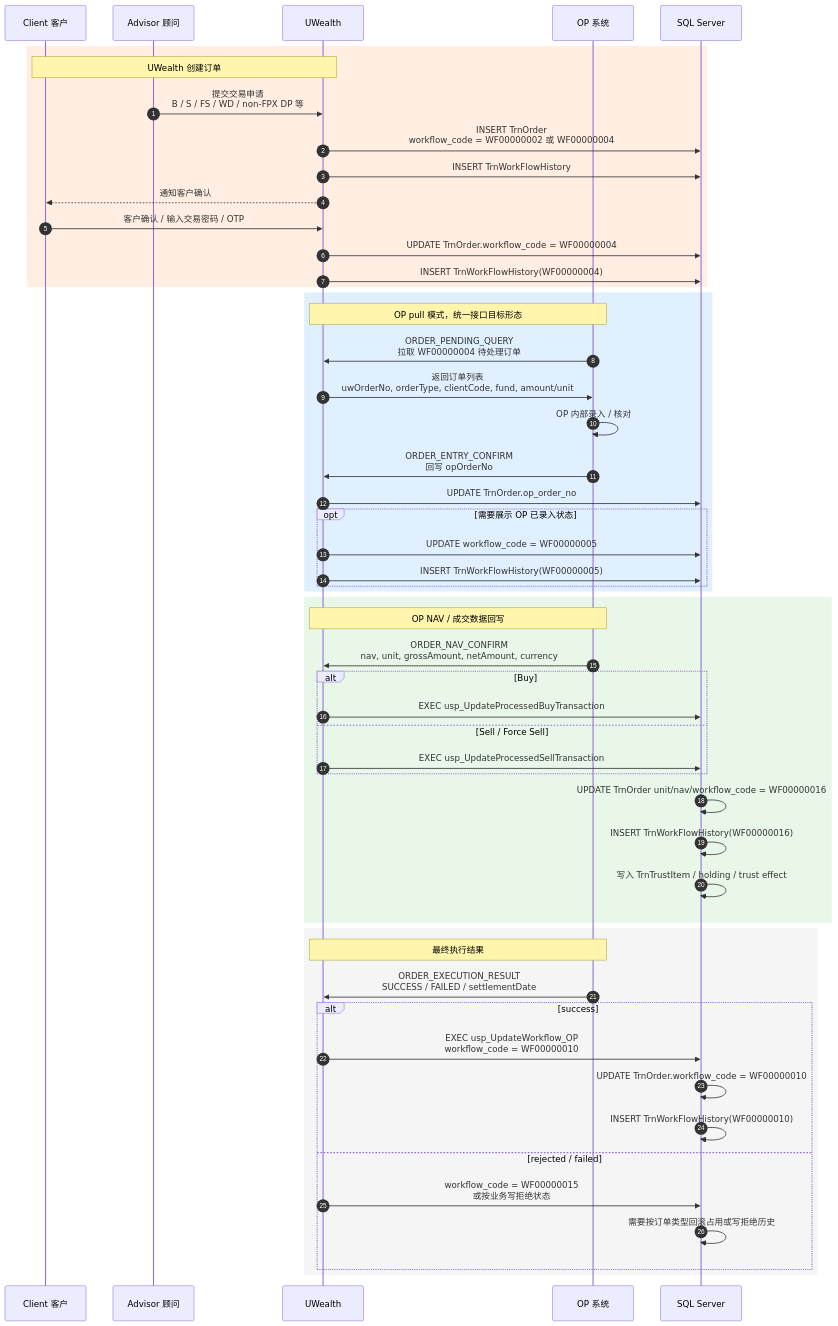
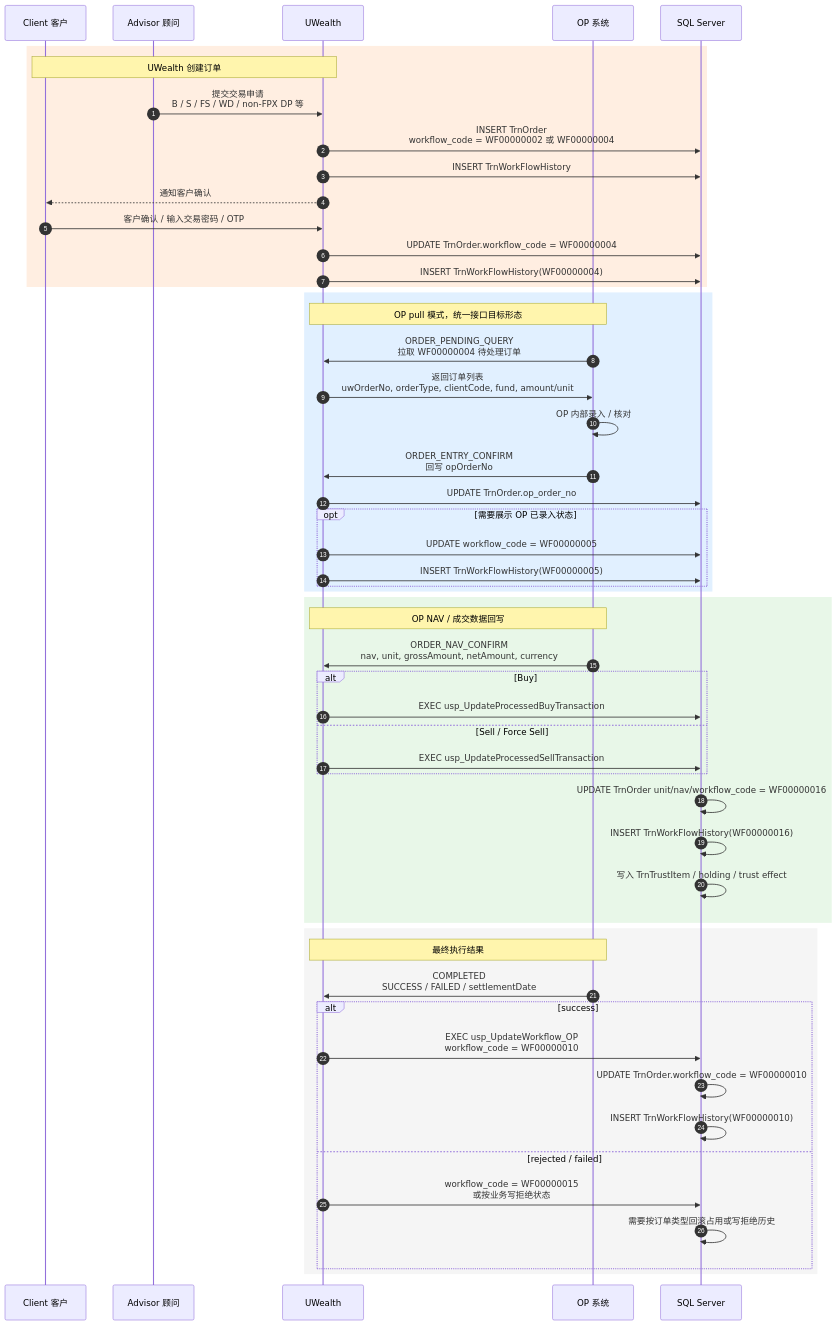
One commit to J-summit/uw2-- changed the second of 4 diagrams in op/v1/OP对接UWealth统一接口流程图.md. Above: the diagram before and after it, drawn with Mermaid. The commit also changed other lines of this file and 2 other files, not shown here.

Commit message:
Align OP docs with completed command

````diff
--- a/op/v1/OP对接UWealth统一接口流程图.md
+++ b/op/v1/OP对接UWealth统一接口流程图.md
@@ -83,59 +83,59 @@
 ```mermaid
 sequenceDiagram
     autonumber
     participant C as Client 客户
     participant A as Advisor 顾问
     participant UW as UWealth
     participant OP as OP 系统
     participant DB as SQL Server
 
     rect rgb(255, 238, 225)
         Note over C,UW: UWealth 创建订单
         A->>UW: 提交交易申请<br/>B / S / FS / WD / non-FPX DP 等
         UW->>DB: INSERT TrnOrder<br/>workflow_code = WF00000002 或 WF00000004
         UW->>DB: INSERT TrnWorkFlowHistory
         UW-->>C: 通知客户确认
         C->>UW: 客户确认 / 输入交易密码 / OTP
         UW->>DB: UPDATE TrnOrder.workflow_code = WF00000004
         UW->>DB: INSERT TrnWorkFlowHistory(WF00000004)
     end
 
     rect rgb(225, 240, 255)
         Note over OP,UW: OP pull 模式，统一接口目标形态
         OP->>UW: ORDER_PENDING_QUERY<br/>拉取 WF00000004 待处理订单
         UW->>OP: 返回订单列表<br/>uwOrderNo, orderType, clientCode, fund, amount/unit
         OP->>OP: OP 内部录入 / 核对
         OP->>UW: ORDER_ENTRY_CONFIRM<br/>回写 opOrderNo
         UW->>DB: UPDATE TrnOrder.op_order_no
         opt 需要展示 OP 已录入状态
             UW->>DB: UPDATE workflow_code = WF00000005
             UW->>DB: INSERT TrnWorkFlowHistory(WF00000005)
         end
     end
 
     rect rgb(232, 247, 232)
         Note over OP,UW: OP NAV / 成交数据回写
         OP->>UW: ORDER_NAV_CONFIRM<br/>nav, unit, grossAmount, netAmount, currency
         alt Buy
             UW->>DB: EXEC usp_UpdateProcessedBuyTransaction
         else Sell / Force Sell
             UW->>DB: EXEC usp_UpdateProcessedSellTransaction
         end
         DB->>DB: UPDATE TrnOrder unit/nav/workflow_code = WF00000016
         DB->>DB: INSERT TrnWorkFlowHistory(WF00000016)
         DB->>DB: 写入 TrnTrustItem / holding / trust effect
     end
 
     rect rgb(245, 245, 245)
         Note over OP,UW: 最终执行结果
-        OP->>UW: ORDER_EXECUTION_RESULT<br/>SUCCESS / FAILED / settlementDate
+        OP->>UW: COMPLETED<br/>SUCCESS / FAILED / settlementDate
         alt success
             UW->>DB: EXEC usp_UpdateWorkflow_OP<br/>workflow_code = WF00000010
             DB->>DB: UPDATE TrnOrder.workflow_code = WF00000010
             DB->>DB: INSERT TrnWorkFlowHistory(WF00000010)
         else rejected / failed
             UW->>DB: workflow_code = WF00000015<br/>或按业务写拒绝状态
             DB->>DB: 需要按订单类型回滚占用或写拒绝历史
         end
     end
 ```
````
